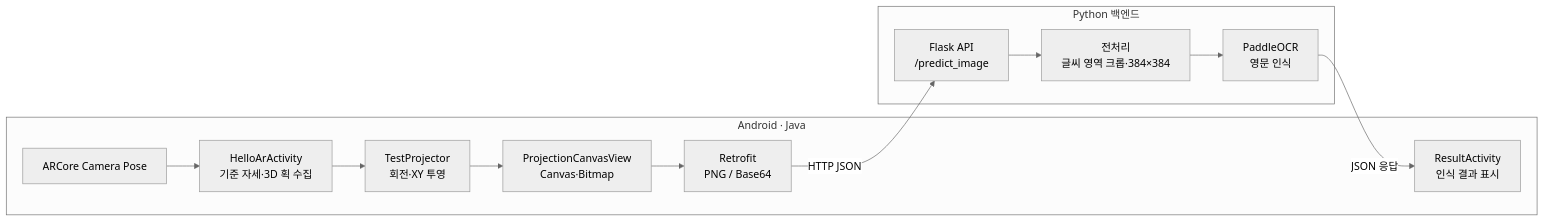
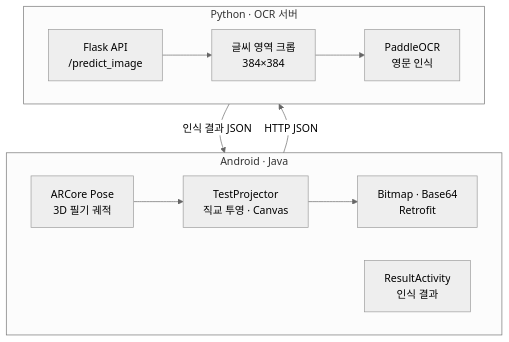
The first of 2 diagrams in docs/architecture.md (scr08212/air-drawing), drawn with Mermaid (neutral theme) before and after one commit. The commit also changed other lines of this file, not shown here.

Commit message:
docs: improve architecture and air-writing flowchart readability

````diff
--- a/docs/architecture.md
+++ b/docs/architecture.md
@@ -9,16 +9,16 @@
 ```mermaid
-flowchart LR
-    subgraph Android["Android · Java"]
-        A["ARCore Camera Pose"] --> B["HelloArActivity<br/>기준 자세·3D 획 수집"]
-        B --> C["TestProjector<br/>회전·XY 투영"]
-        C --> D["ProjectionCanvasView<br/>Canvas·Bitmap"]
-        D --> E["Retrofit<br/>PNG / Base64"]
-        I["ResultActivity<br/>인식 결과 표시"]
+flowchart TB
+    subgraph Mobile["Android · Java"]
+        direction LR
+        A["ARCore Pose<br/>3D 필기 궤적"] --> B["TestProjector<br/>직교 투영 · Canvas"]
+        B --> C["Bitmap · Base64<br/>Retrofit"]
+        H["ResultActivity<br/>인식 결과"]
     end
-    subgraph Python["Python 백엔드"]
-        F["Flask API<br/>/predict_image"] --> G["전처리<br/>글씨 영역 크롭·384×384"]
-        G --> H["PaddleOCR<br/>영문 인식"]
+    subgraph Backend["Python · OCR 서버"]
+        direction LR
+        D["Flask API<br/>/predict_image"] --> E["글씨 영역 크롭<br/>384×384"]
+        E --> F["PaddleOCR<br/>영문 인식"]
     end
-    E -->|"HTTP JSON"| F
-    H -->|"JSON 응답"| I
+    C -->|"HTTP JSON"| D
+    F -->|"인식 결과 JSON"| H
 ```
````
